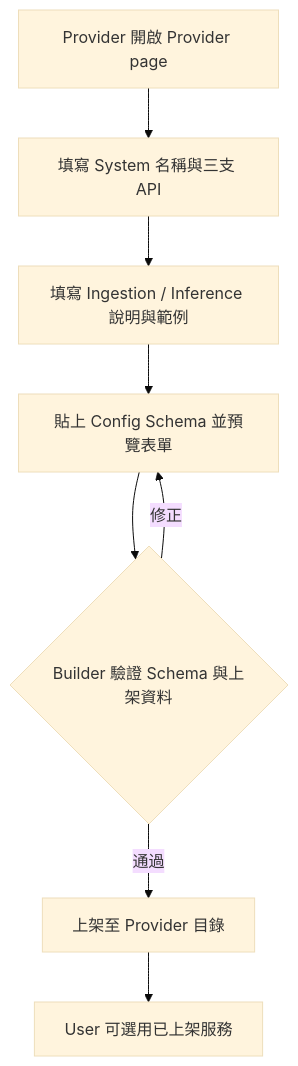
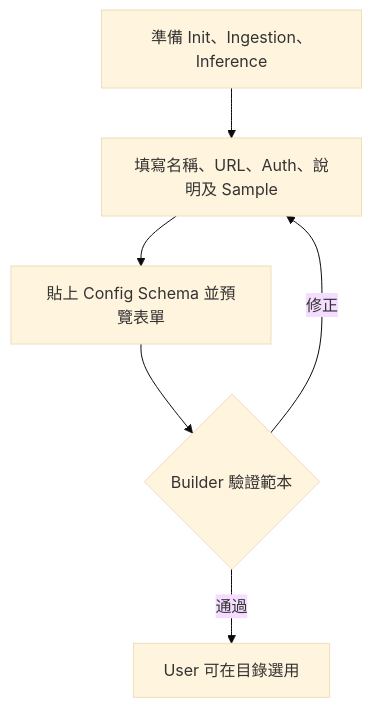
One commit to SunnyWenwen/rag_platform changed the second of 4 diagrams in router_method/architecture.md. Above: the diagram before and after it, drawn with Mermaid (base theme). The commit also changed other lines of this file and 12 other files, not shown here.

````diff
--- a/router_method/architecture.md
+++ b/router_method/architecture.md
@@ -20,10 +16,8 @@
 ```mermaid
 flowchart TD
-    P["Provider 開啟 Provider page"] --> D["填寫 System 名稱與三支 API"]
-    D --> X["填寫 Ingestion / Inference 說明與範例"]
-    X --> S["貼上 Config Schema 並預覽表單"]
-    S --> V{"Builder 驗證 Schema 與上架資料"}
-    V -->|修正| S
-    V -->|通過| C["上架至 Provider 目錄"]
-    C --> U["User 可選用已上架服務"]
+    P["準備 Init、Ingestion、Inference"] --> D["填寫名稱、URL、Auth、說明及 Sample"]
+    D --> S["貼上 Config Schema 並預覽表單"]
+    S --> V{"Builder 驗證範本"}
+    V -->|修正| D
+    V -->|通過| C["User 可在目錄選用"]
 ```
````
